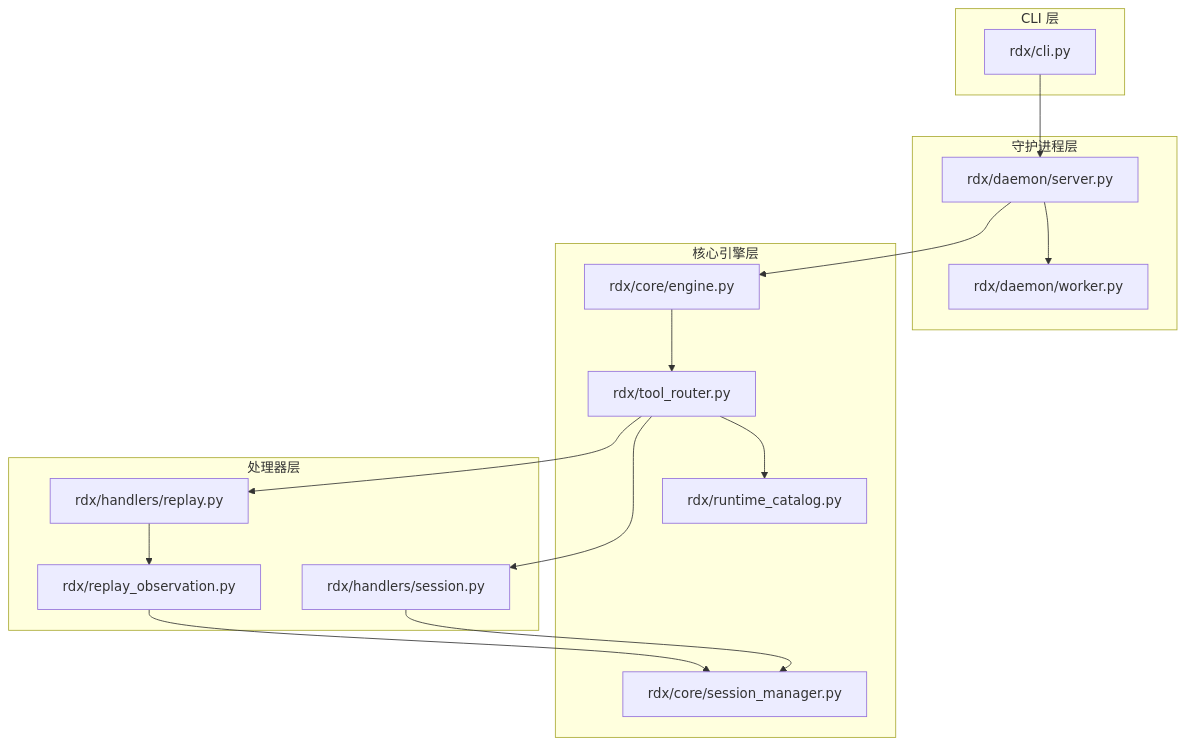
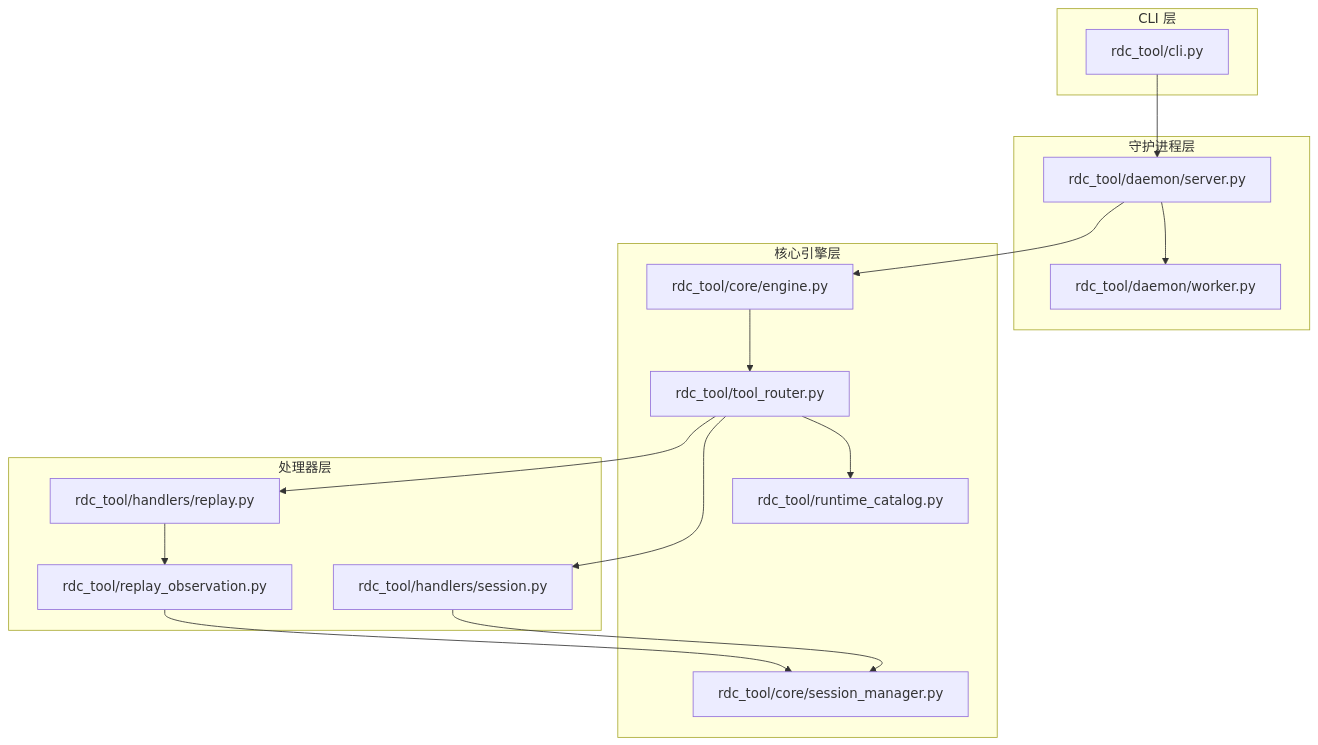
One commit to haolange/RDC-Tool changed the first of 10 diagrams in .qoder/repowiki/zh/content/项目概述/架构概览.md. Above: the diagram before and after it, drawn with Mermaid. The commit also changed other lines of this file and 388 other files, not shown here.

First line of the commit message:
Release RDC-Tool identity and public maintenance surface

````diff
--- a/.qoder/repowiki/zh/content/项目概述/架构概览.md
+++ b/.qoder/repowiki/zh/content/项目概述/架构概览.md
@@ -51,31 +51,31 @@
 ```mermaid
 graph TB
 subgraph "CLI 层"
-CLI["rdx/cli.py"]
+CLI["rdc_tool/cli.py"]
 end
 subgraph "守护进程层"
-Daemon["rdx/daemon/server.py"]
-Worker["rdx/daemon/worker.py"]
+Daemon["rdc_tool/daemon/server.py"]
+Worker["rdc_tool/daemon/worker.py"]
 end
 subgraph "核心引擎层"
-Engine["rdx/core/engine.py"]
-Router["rdx/tool_router.py"]
-Catalog["rdx/runtime_catalog.py"]
-SessionMgr["rdx/core/session_manager.py"]
+Engine["rdc_tool/core/engine.py"]
+Router["rdc_tool/tool_router.py"]
+Catalog["rdc_tool/runtime_catalog.py"]
+SessionMgr["rdc_tool/core/session_manager.py"]
 end
 subgraph "处理器层"
-H_Session["rdx/handlers/session.py"]
-H_Replay["rdx/handlers/replay.py"]
-ReplayObs["rdx/replay_observation.py"]
+H_Session["rdc_tool/handlers/session.py"]
+H_Replay["rdc_tool/handlers/replay.py"]
+ReplayObs["rdc_tool/replay_observation.py"]
 end
 CLI --> Daemon
 Daemon --> Worker
 Daemon --> Engine
 Engine --> Router
 Router --> Catalog
 Router --> H_Session
 Router --> H_Replay
 H_Session --> SessionMgr
 H_Replay --> ReplayObs
 ReplayObs --> SessionMgr
 ```
````
